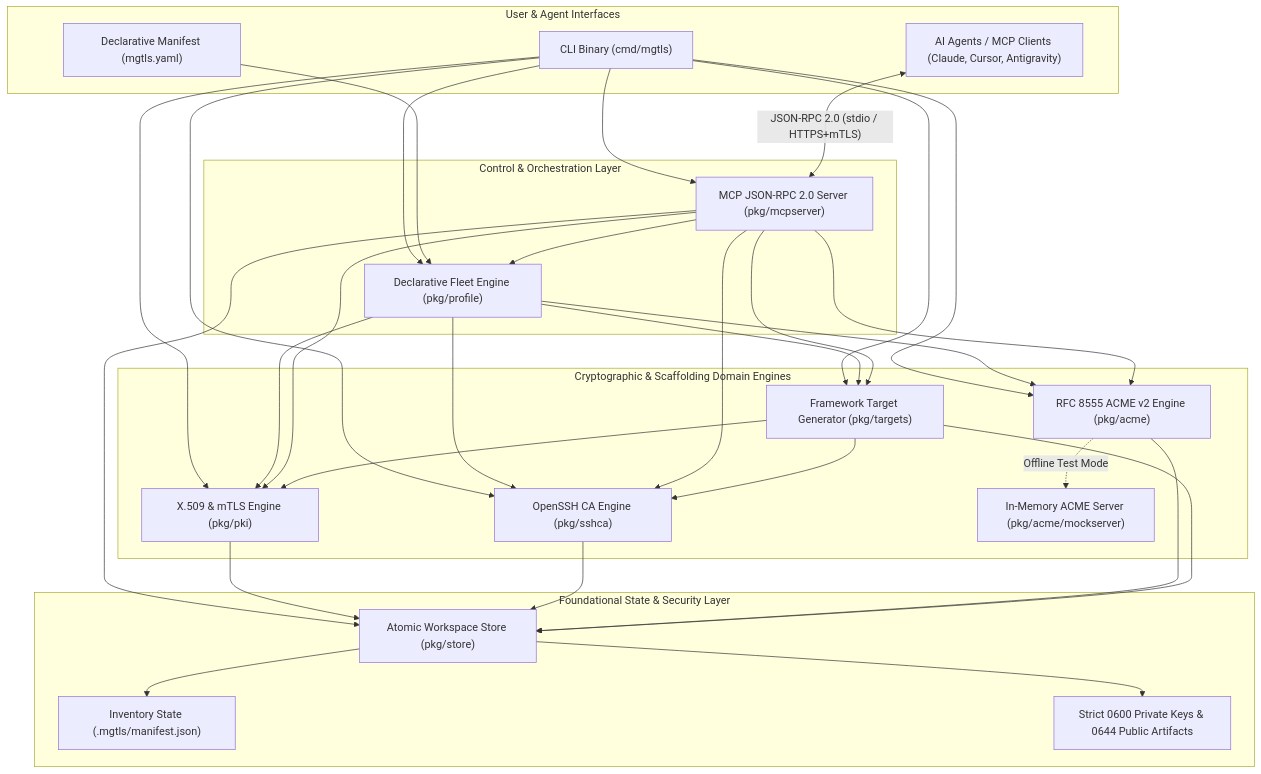
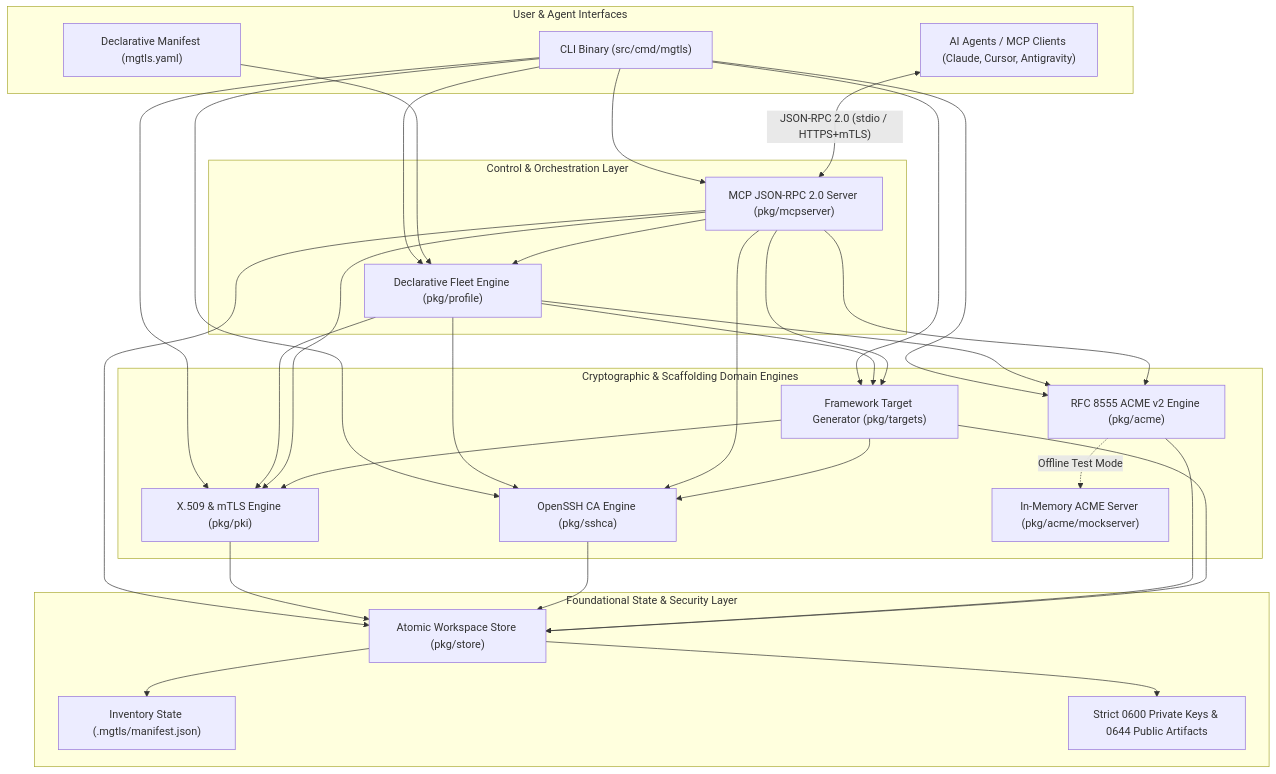
One commit to bsommers/mgtls changed the first of 3 diagrams in docs/architecture/SYSTEM_ARCHITECTURE.md. Above: the diagram before and after it, drawn with Mermaid. The commit also changed other lines of this file and 76 other files, not shown here.

````diff
--- a/docs/architecture/SYSTEM_ARCHITECTURE.md
+++ b/docs/architecture/SYSTEM_ARCHITECTURE.md
@@ -18,61 +18,61 @@
 ```mermaid
 flowchart TD
     subgraph Interfaces["User & Agent Interfaces"]
-        CLI["CLI Binary (cmd/mgtls)"]
+        CLI["CLI Binary (src/cmd/mgtls)"]
         MCPClient["AI Agents / MCP Clients (Claude, Cursor, Antigravity)"]
         FleetYAML["Declarative Manifest (mgtls.yaml)"]
     end
 
     subgraph ControlPlane["Control & Orchestration Layer"]
         ProfileEngine["Declarative Fleet Engine (pkg/profile)"]
         MCPServer["MCP JSON-RPC 2.0 Server (pkg/mcpserver)"]
     end
 
     subgraph DomainEngines["Cryptographic & Scaffolding Domain Engines"]
         PKI["X.509 & mTLS Engine (pkg/pki)"]
         SSHCA["OpenSSH CA Engine (pkg/sshca)"]
         ACME["RFC 8555 ACME v2 Engine (pkg/acme)"]
         Targets["Framework Target Generator (pkg/targets)"]
         MockACME["In-Memory ACME Server (pkg/acme/mockserver)"]
     end
 
     subgraph StorageLayer["Foundational State & Security Layer"]
         Store["Atomic Workspace Store (pkg/store)"]
         Manifest["Inventory State (.mgtls/manifest.json)"]
         KeyVault["Strict 0600 Private Keys & 0644 Public Artifacts"]
     end
 
     CLI --> ProfileEngine
     CLI --> MCPServer
     CLI --> PKI
     CLI --> SSHCA
     CLI --> ACME
     CLI --> Targets
 
     FleetYAML --> ProfileEngine
     MCPClient <-->|"JSON-RPC 2.0 (stdio / HTTPS+mTLS)"| MCPServer
 
     ProfileEngine --> PKI
     ProfileEngine --> SSHCA
     ProfileEngine --> ACME
     ProfileEngine --> Targets
 
     MCPServer --> ProfileEngine
     MCPServer --> PKI
     MCPServer --> SSHCA
     MCPServer --> ACME
     MCPServer --> Targets
     MCPServer --> Store
 
     Targets --> PKI
     Targets --> SSHCA
     ACME -.->|"Offline Test Mode"| MockACME
 
     PKI --> Store
     SSHCA --> Store
     ACME --> Store
     Targets --> Store
 
     Store --> Manifest
     Store --> KeyVault
 ```
````
